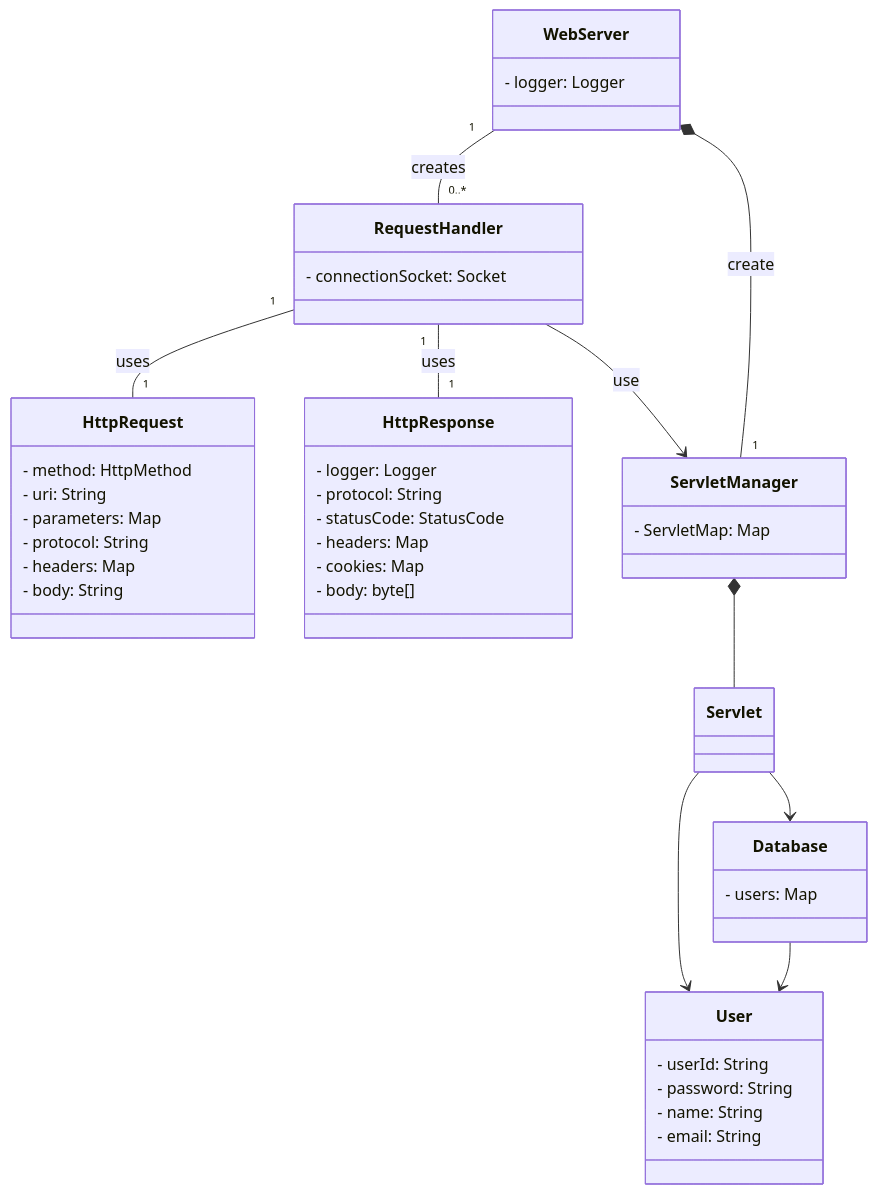
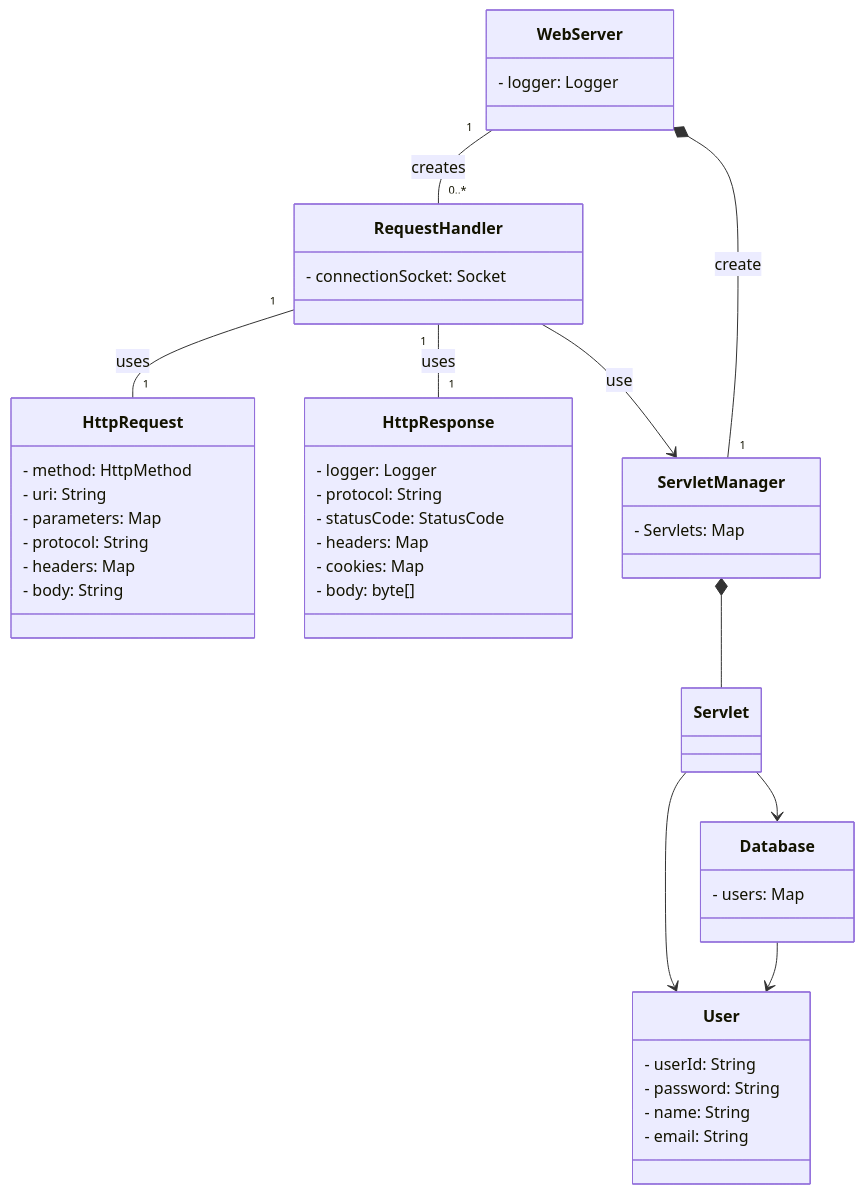
One commit to softeer5th/be-was-2025 changed the second of 2 diagrams in README.md. Above: the diagram before and after it, drawn with Mermaid.

Commit message:
docs: 아키텍처 설계
- 동적 리소스 서빙을 위한 서블릿과 정적 리소스 서빙을 위한 서블릿 구분
- 도메인 모델을 UML로 작성

````diff
--- a/README.md
+++ b/README.md
@@ -68,57 +68,57 @@
 ```mermaid
 classDiagram
     class WebServer {
         - logger: Logger
     }
 
     class RequestHandler {
         - connectionSocket: Socket
     }
 
     class HttpRequest {
         - method: HttpMethod
         - uri: String
         - parameters: Map<String, String>
         - protocol: String
         - headers: Map<String, String>
         - body: String
     }
 
     class HttpResponse {
         - logger: Logger
         - protocol: String
         - statusCode: StatusCode
         - headers: Map<String, String>
         - cookies: Map<String, String>
         - body: byte[]
     }
     
     class ServletManager {
-        - ServletMap: Map<String, Servlet>
+        - Servlets: Map<String, Servlet>
     }
     
     class Servlet {
         
     }
     
     class User{
         - userId: String
         - password: String
         - name: String
         - email: String
     }
     
     class Database{
         - users: Map<String, User>
     }
 
     WebServer "1" -- "0..*" RequestHandler : creates
     WebServer *-- "1" ServletManager : create
     RequestHandler "1" -- "1" HttpRequest : uses
     RequestHandler "1" -- "1" HttpResponse : uses
     RequestHandler --> ServletManager : use
     ServletManager *-- Servlet
     Servlet --> User
     Servlet --> Database
     Database --> User
 ```
````
